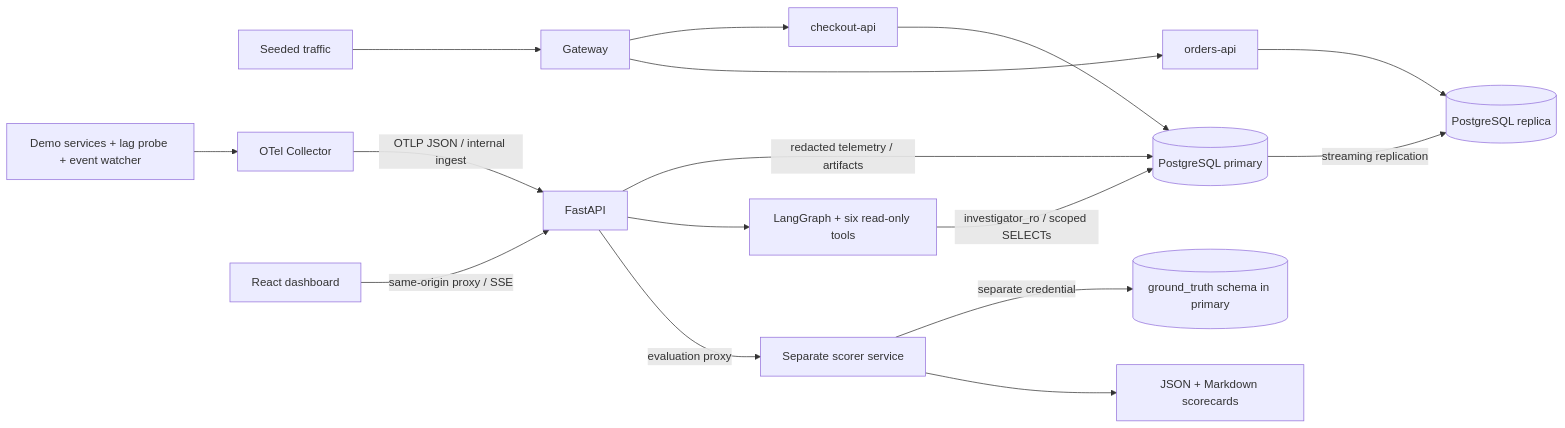
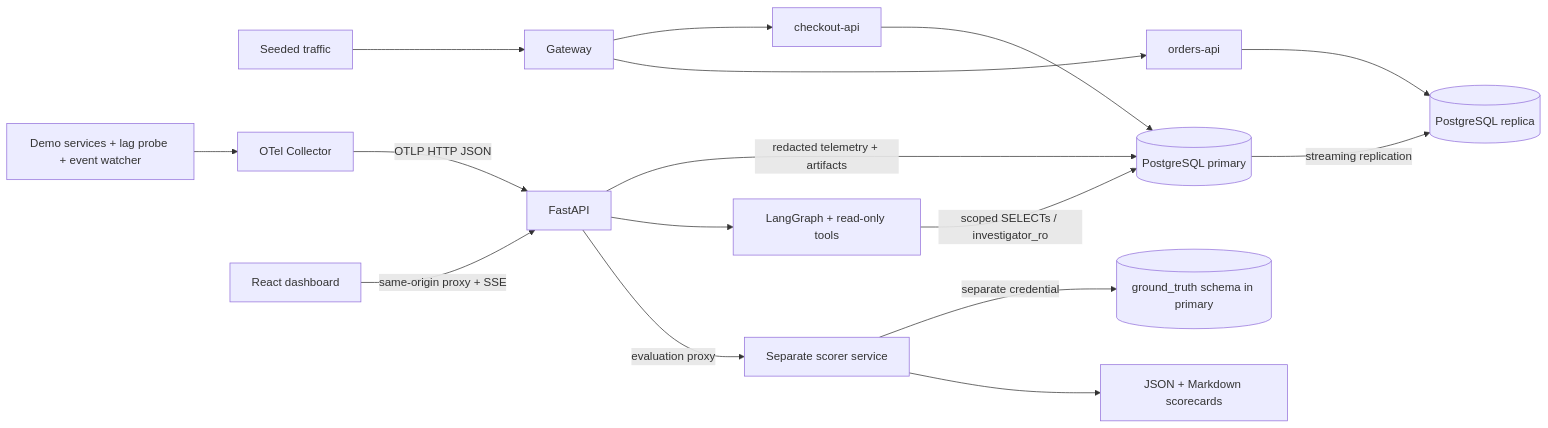
The diagram in README.md (Akshat5249/AIPI), drawn with Mermaid before and after one commit. The commit also changed other lines of this file and 84 other files, not shown here.

Commit message:
chore: clean internal artifacts and polish public repository

````diff
--- a/README.md
+++ b/README.md
@@ -11,18 +35,18 @@
 ```mermaid
 flowchart LR
   Traffic[Seeded traffic] --> Gateway
   Gateway --> Checkout[checkout-api]
   Gateway --> Orders[orders-api]
   Checkout --> Primary[(PostgreSQL primary)]
   Primary -->|streaming replication| Replica[(PostgreSQL replica)]
   Orders --> Replica
   Services[Demo services + lag probe + event watcher] --> Collector[OTel Collector]
-  Collector -->|OTLP JSON / internal ingest| API[FastAPI]
-  API -->|redacted telemetry / artifacts| Primary
-  Web[React dashboard] -->|same-origin proxy / SSE| API
-  API --> Graph[LangGraph + six read-only tools]
-  Graph -->|investigator_ro / scoped SELECTs| Primary
+  Collector -->|OTLP HTTP JSON| API[FastAPI]
+  API -->|redacted telemetry + artifacts| Primary
+  Web[React dashboard] -->|same-origin proxy + SSE| API
+  API --> Graph[LangGraph + read-only tools]
+  Graph -->|scoped SELECTs / investigator_ro| Primary
   API -->|evaluation proxy| Scorer[Separate scorer service]
   Scorer -->|separate credential| Truth[(ground_truth schema in primary)]
   Scorer --> Cards[JSON + Markdown scorecards]
 ```
````
